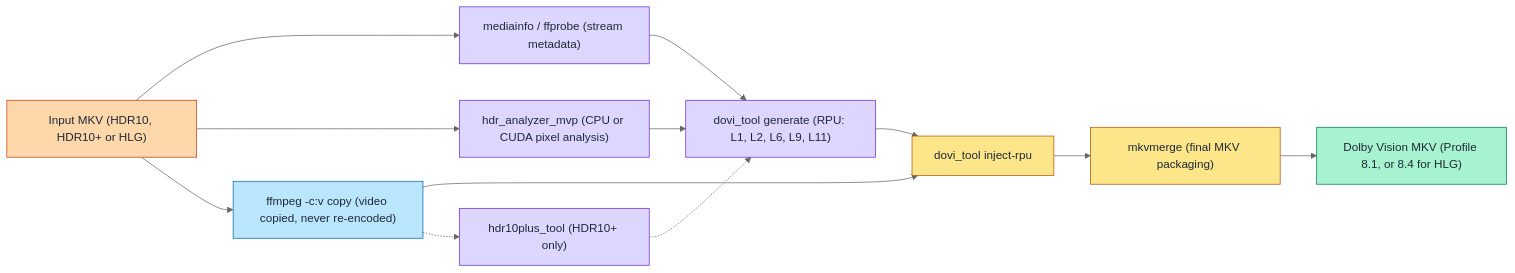
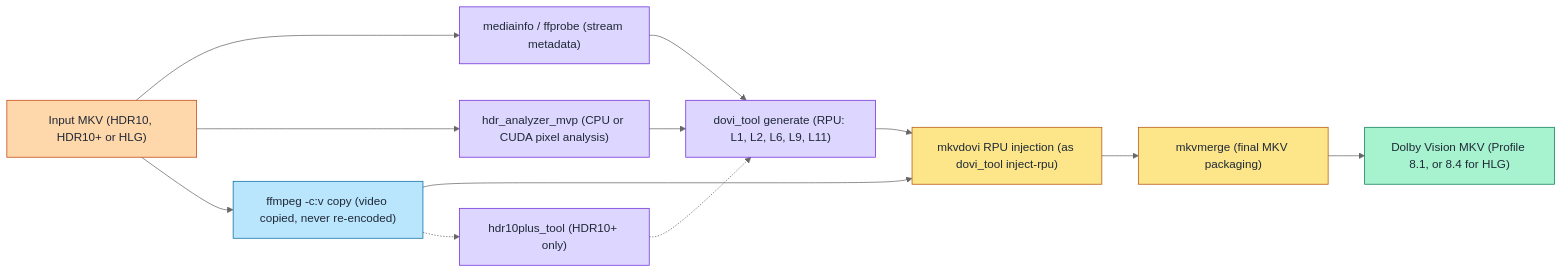
Before and after one commit to tinof/hdr-analyze: the diagram in README.md, drawn with Mermaid (neutral theme). The commit also changed other lines of this file and 30 other files, not shown here.

````diff
--- a/README.md
+++ b/README.md
@@ -18,24 +18,24 @@
 ```mermaid
 flowchart LR
     SRC["Input MKV (HDR10, HDR10+ or HLG)"]:::source
     PROBE["mediainfo / ffprobe (stream metadata)"]:::meta
     ANALYZE["hdr_analyzer_mvp (CPU or CUDA pixel analysis)"]:::meta
     H10P["hdr10plus_tool (HDR10+ only)"]:::meta
     GEN["dovi_tool generate (RPU: L1, L2, L6, L9, L11)"]:::meta
     COPY["ffmpeg -c:v copy (video copied, never re-encoded)"]:::video
-    INJ["dovi_tool inject-rpu"]:::pack
+    INJ["mkvdovi RPU injection (as dovi_tool inject-rpu)"]:::pack
     MUX["mkvmerge (final MKV packaging)"]:::pack
     OUT["Dolby Vision MKV (Profile 8.1, or 8.4 for HLG)"]:::result
 
     SRC --> PROBE --> GEN
     SRC --> ANALYZE --> GEN
     SRC --> COPY --> INJ
     COPY -.-> H10P -.-> GEN
     GEN --> INJ --> MUX --> OUT
 
     classDef source fill:#fed7aa,stroke:#c2410c,color:#1f2937
     classDef meta fill:#ddd6fe,stroke:#6d28d9,color:#1f2937
     classDef video fill:#bae6fd,stroke:#0369a1,color:#1f2937
     classDef pack fill:#fde68a,stroke:#b45309,color:#1f2937
     classDef result fill:#a7f3d0,stroke:#047857,color:#1f2937
 ```
````
